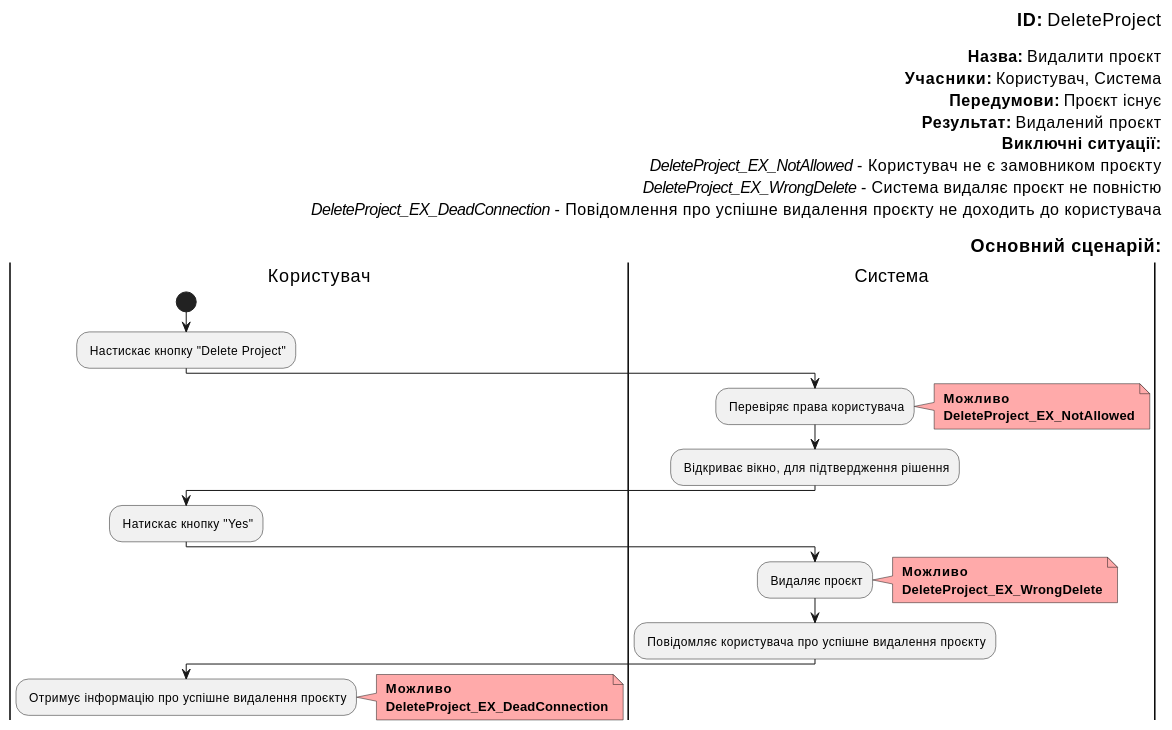
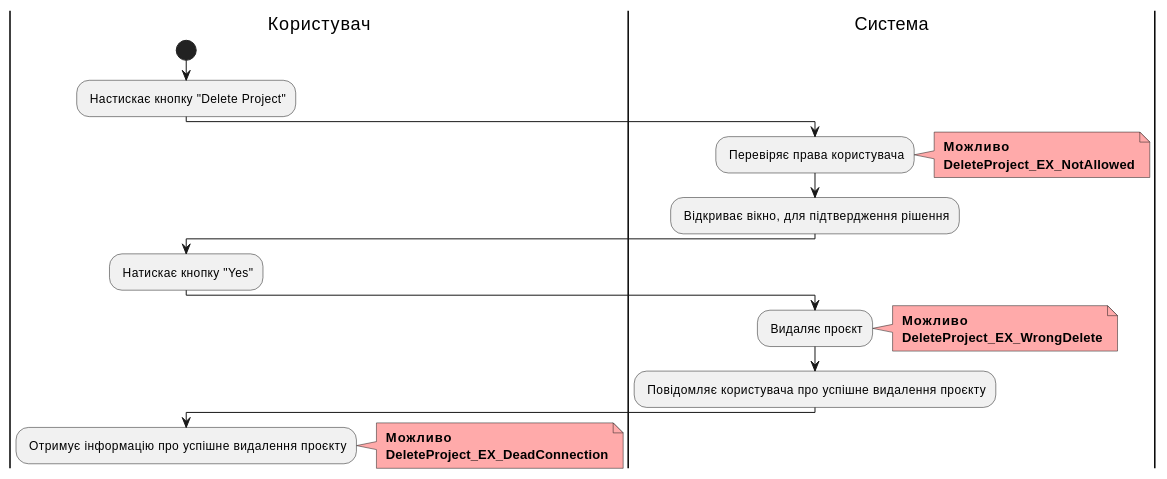
One commit to boldak/edu-db-cw changed the ninth of 19 diagrams in docs/use cases/README.md. Above: the diagram before and after it, drawn with PlantUML. The commit also changed other lines of this file, not shown here.

```diff
--- a/docs/use cases/README.md
+++ b/docs/use cases/README.md
@@ -495,52 +527,37 @@
 @startuml
-
-    right header        
-        <font color=000 size=18><b>ID:</b> DeleteProject
-
-        <font color=000 size=16><b>Назва:</b> Видалити проєкт
-        <font color=000 size=16><b>Учасники:</b> Користувач, Система
-        <font color=000 size=16><b>Передумови:</b> Проєкт існує
-        <font color=000 size=16><b>Результат:</b> Видалений проєкт
-        <font color=000 size=16><b>Виключні ситуації:</b>
-         <font color=000 size=16> <i>DeleteProject_EX_NotAllowed</i> - Користувач не є замовником проєкту
-        <font color=000 size=16><i>DeleteProject_EX_WrongDelete</i> - Система видаляє проєкт не повністю
-        <font color=000 size=16><i>DeleteProject_EX_DeadConnection</i> - Повідомлення про успішне видалення проєкту не доходить до користувача
-
-        <font color=000 size=18><b>Основний сценарій:</b>
-    end header
 
     |Користувач|
         start
         : Настискає кнопку "Delete Project";
         
     |Система|
         : Перевіряє права користувача;
         note right #ffaaaa
         <b> Можливо
         <b> DeleteProject_EX_NotAllowed
         end note
 
     |Система|
         : Відкриває вікно, для підтвердження рішення;
 
     |Користувач|
         : Натискає кнопку "Yes";
         
     |Система|
         : Видаляє проєкт;
         note right #ffaaaa
         <b> Можливо
         <b> DeleteProject_EX_WrongDelete
         end note
 
     |Система|
         : Повідомляє користувача про успішне видалення проєкту;
         
     |Користувач|
         : Отримує інформацію про успішне видалення проєкту;
                 note right #ffaaaa
                 <b> Можливо
                 <b> DeleteProject_EX_DeadConnection
                 end note
 
 @enduml
```
